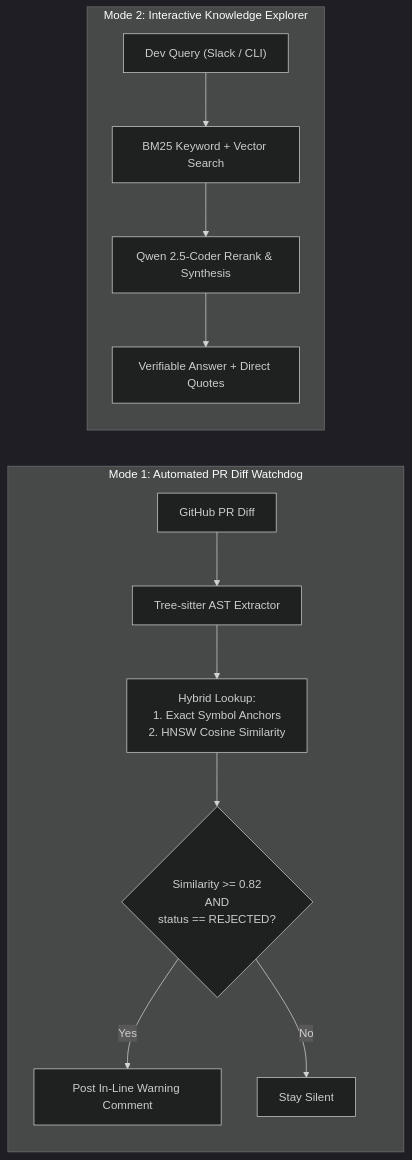
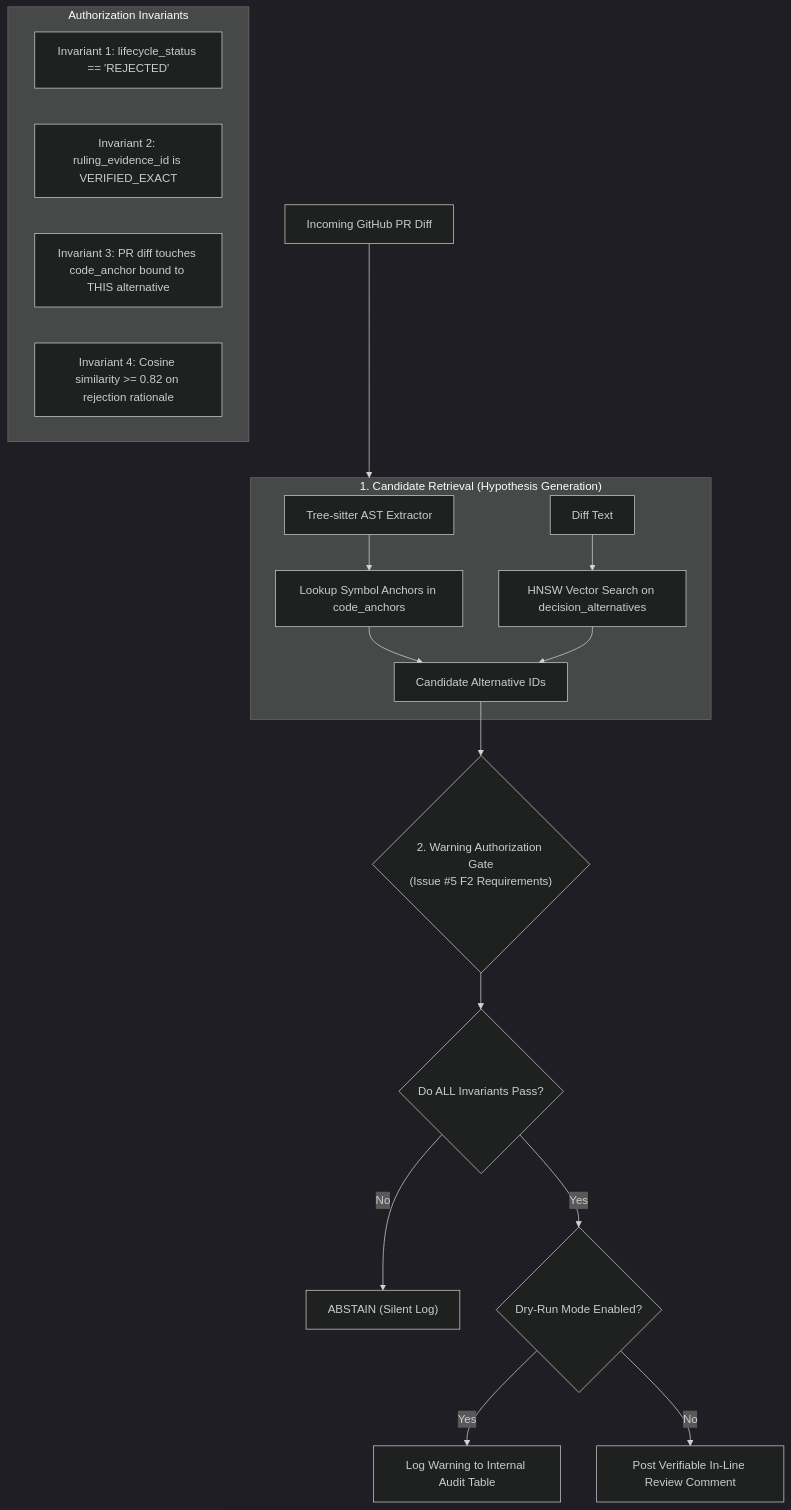
Before and after one commit to MRiARC/biscuit: the second of 2 diagrams in docs/STORAGE_AND_RETRIEVAL.md, drawn with Mermaid (dark theme). The commit also changed other lines of this file and 2 other files, not shown here.

Commit message:
docs: strengthen evidence provenance, decision states, and code anchors (fixes #5)

````diff
--- a/docs/STORAGE_AND_RETRIEVAL.md
+++ b/docs/STORAGE_AND_RETRIEVAL.md
@@ -250,16 +375,27 @@
 ```mermaid
-flowchart LR
-    subgraph Mode1["Mode 1: Automated PR Diff Watchdog"]
-        Diff["GitHub PR Diff"] --> AST["Tree-sitter AST Extractor"]
-        AST --> Search["Hybrid Lookup:<br/>1. Exact Symbol Anchors<br/>2. HNSW Cosine Similarity"]
-        Search --> Threshold{"Similarity >= 0.82<br/>AND<br/>status == REJECTED?"}
-        Threshold -- Yes --> Alert["Post In-Line Warning Comment"]
-        Threshold -- No --> Silent["Stay Silent"]
+flowchart TD
+    PR["Incoming GitHub PR Diff"] --> CandidateGen
+
+    subgraph CandidateGen["1. Candidate Retrieval (Hypothesis Generation)"]
+        Tree["Tree-sitter AST Extractor"] --> SymMatch["Lookup Symbol Anchors in code_anchors"]
+        DiffHunk["Diff Text"] --> VecSearch["HNSW Vector Search on decision_alternatives"]
+        SymMatch --> Candidates["Candidate Alternative IDs"]
+        VecSearch --> Candidates
     end
 
-    subgraph Mode2["Mode 2: Interactive Knowledge Explorer"]
-        Query["Dev Query (Slack / CLI)"] --> Hybrid["BM25 Keyword + Vector Search"]
-        Hybrid --> LLM["Qwen 2.5-Coder Rerank & Synthesis"]
-        LLM --> Response["Verifiable Answer + Direct Quotes"]
+    Candidates --> AuthGate{"2. Warning Authorization Gate<br/>(Issue #5 F2 Requirements)"}
+
+    subgraph AuthGateCriteria["Authorization Invariants"]
+        C1["Invariant 1: lifecycle_status == 'REJECTED'"]
+        C2["Invariant 2: ruling_evidence_id is VERIFIED_EXACT"]
+        C3["Invariant 3: PR diff touches code_anchor bound to THIS alternative"]
+        C4["Invariant 4: Cosine similarity >= 0.82 on rejection rationale"]
     end
+
+    AuthGate --> AllPass{"Do ALL Invariants Pass?"}
+    AllPass -- No --> Abstain["ABSTAIN (Silent Log)"]
+    AllPass -- Yes --> ModeCheck{"Dry-Run Mode Enabled?"}
+    
+    ModeCheck -- Yes --> AuditLog["Log Warning to Internal Audit Table"]
+    ModeCheck -- No --> PostPR["Post Verifiable In-Line Review Comment"]
 ```
````
